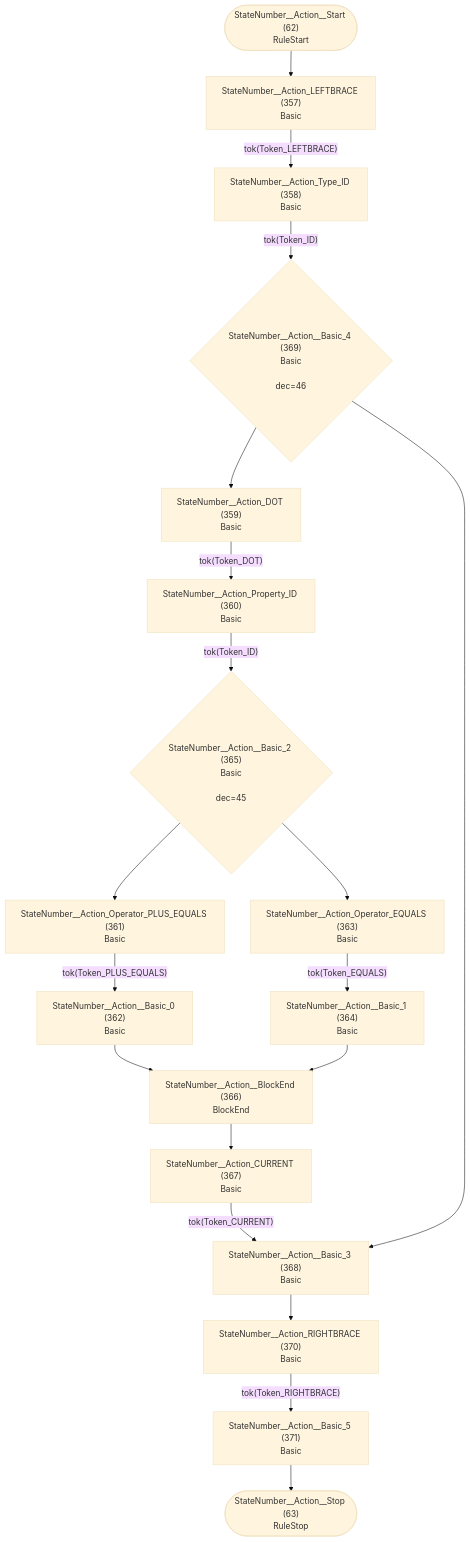
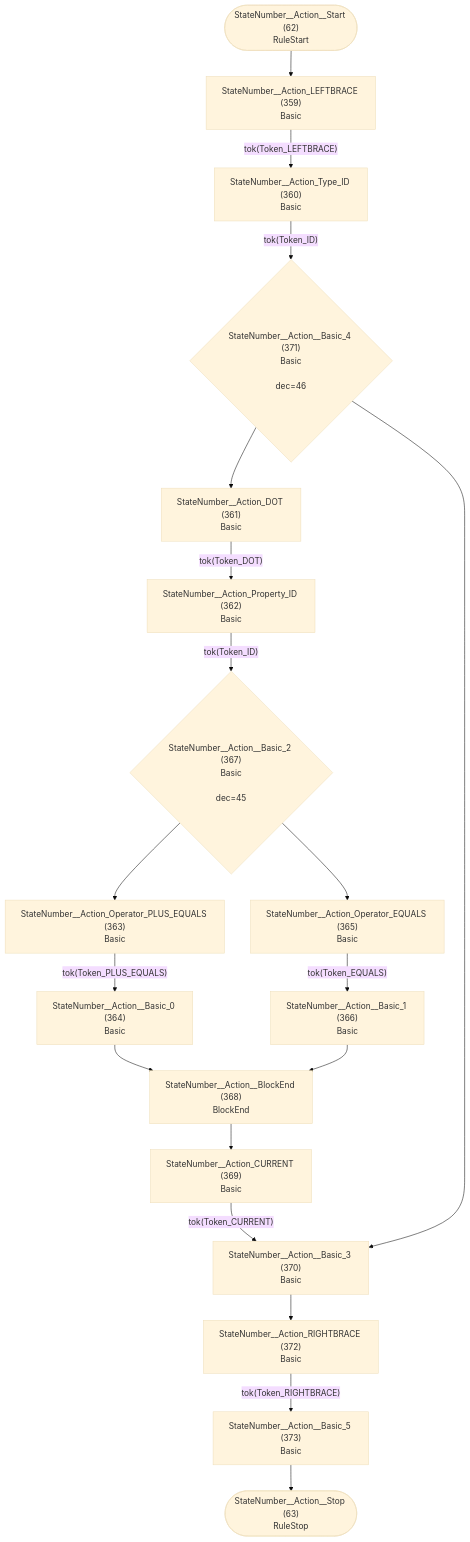
Before and after one commit to TypeFox/fastbelt: diagram 32 of 36 in internal/grammar/atn.md, drawn with Mermaid (base theme). The commit also changed other lines of this file and 11 other files, not shown here.

````diff
--- a/internal/grammar/atn.md
+++ b/internal/grammar/atn.md
@@ -948,39 +952,39 @@
 ```mermaid
 flowchart TD
     q62(["StateNumber__Action__Start (62)<br/>RuleStart"])
     q63(["StateNumber__Action__Stop (63)<br/>RuleStop"])
-    q357["StateNumber__Action_LEFTBRACE (357)<br/>Basic<br/>"]
-    q358["StateNumber__Action_Type_ID (358)<br/>Basic<br/>"]
-    q359["StateNumber__Action_DOT (359)<br/>Basic<br/>"]
-    q360["StateNumber__Action_Property_ID (360)<br/>Basic<br/>"]
-    q361["StateNumber__Action_Operator_PLUS_EQUALS (361)<br/>Basic<br/>"]
-    q362["StateNumber__Action__Basic_0 (362)<br/>Basic<br/>"]
-    q363["StateNumber__Action_Operator_EQUALS (363)<br/>Basic<br/>"]
-    q364["StateNumber__Action__Basic_1 (364)<br/>Basic<br/>"]
-    q365{"StateNumber__Action__Basic_2 (365)<br/>Basic<br/><br/>dec=45"}
-    q366["StateNumber__Action__BlockEnd (366)<br/>BlockEnd<br/>"]
-    q367["StateNumber__Action_CURRENT (367)<br/>Basic<br/>"]
-    q368["StateNumber__Action__Basic_3 (368)<br/>Basic<br/>"]
-    q369{"StateNumber__Action__Basic_4 (369)<br/>Basic<br/><br/>dec=46"}
-    q370["StateNumber__Action_RIGHTBRACE (370)<br/>Basic<br/>"]
-    q371["StateNumber__Action__Basic_5 (371)<br/>Basic<br/>"]
+    q359["StateNumber__Action_LEFTBRACE (359)<br/>Basic<br/>"]
+    q360["StateNumber__Action_Type_ID (360)<br/>Basic<br/>"]
+    q361["StateNumber__Action_DOT (361)<br/>Basic<br/>"]
+    q362["StateNumber__Action_Property_ID (362)<br/>Basic<br/>"]
+    q363["StateNumber__Action_Operator_PLUS_EQUALS (363)<br/>Basic<br/>"]
+    q364["StateNumber__Action__Basic_0 (364)<br/>Basic<br/>"]
+    q365["StateNumber__Action_Operator_EQUALS (365)<br/>Basic<br/>"]
+    q366["StateNumber__Action__Basic_1 (366)<br/>Basic<br/>"]
+    q367{"StateNumber__Action__Basic_2 (367)<br/>Basic<br/><br/>dec=45"}
+    q368["StateNumber__Action__BlockEnd (368)<br/>BlockEnd<br/>"]
+    q369["StateNumber__Action_CURRENT (369)<br/>Basic<br/>"]
+    q370["StateNumber__Action__Basic_3 (370)<br/>Basic<br/>"]
+    q371{"StateNumber__Action__Basic_4 (371)<br/>Basic<br/><br/>dec=46"}
+    q372["StateNumber__Action_RIGHTBRACE (372)<br/>Basic<br/>"]
+    q373["StateNumber__Action__Basic_5 (373)<br/>Basic<br/>"]
 
-    q62 --> q357
-    q357 -->|"tok(Token_LEFTBRACE)"| q358
-    q358 -->|"tok(Token_ID)"| q369
-    q359 -->|"tok(Token_DOT)"| q360
-    q360 -->|"tok(Token_ID)"| q365
-    q361 -->|"tok(Token_PLUS_EQUALS)"| q362
-    q362 --> q366
-    q363 -->|"tok(Token_EQUALS)"| q364
-    q364 --> q366
-    q365 --> q361
-    q365 --> q363
-    q366 --> q367
-    q367 -->|"tok(Token_CURRENT)"| q368
-    q368 --> q370
-    q369 --> q359
-    q369 --> q368
-    q370 -->|"tok(Token_RIGHTBRACE)"| q371
-    q371 --> q63
+    q62 --> q359
+    q359 -->|"tok(Token_LEFTBRACE)"| q360
+    q360 -->|"tok(Token_ID)"| q371
+    q361 -->|"tok(Token_DOT)"| q362
+    q362 -->|"tok(Token_ID)"| q367
+    q363 -->|"tok(Token_PLUS_EQUALS)"| q364
+    q364 --> q368
+    q365 -->|"tok(Token_EQUALS)"| q366
+    q366 --> q368
+    q367 --> q363
+    q367 --> q365
+    q368 --> q369
+    q369 -->|"tok(Token_CURRENT)"| q370
+    q370 --> q372
+    q371 --> q361
+    q371 --> q370
+    q372 -->|"tok(Token_RIGHTBRACE)"| q373
+    q373 --> q63
 ```
````
